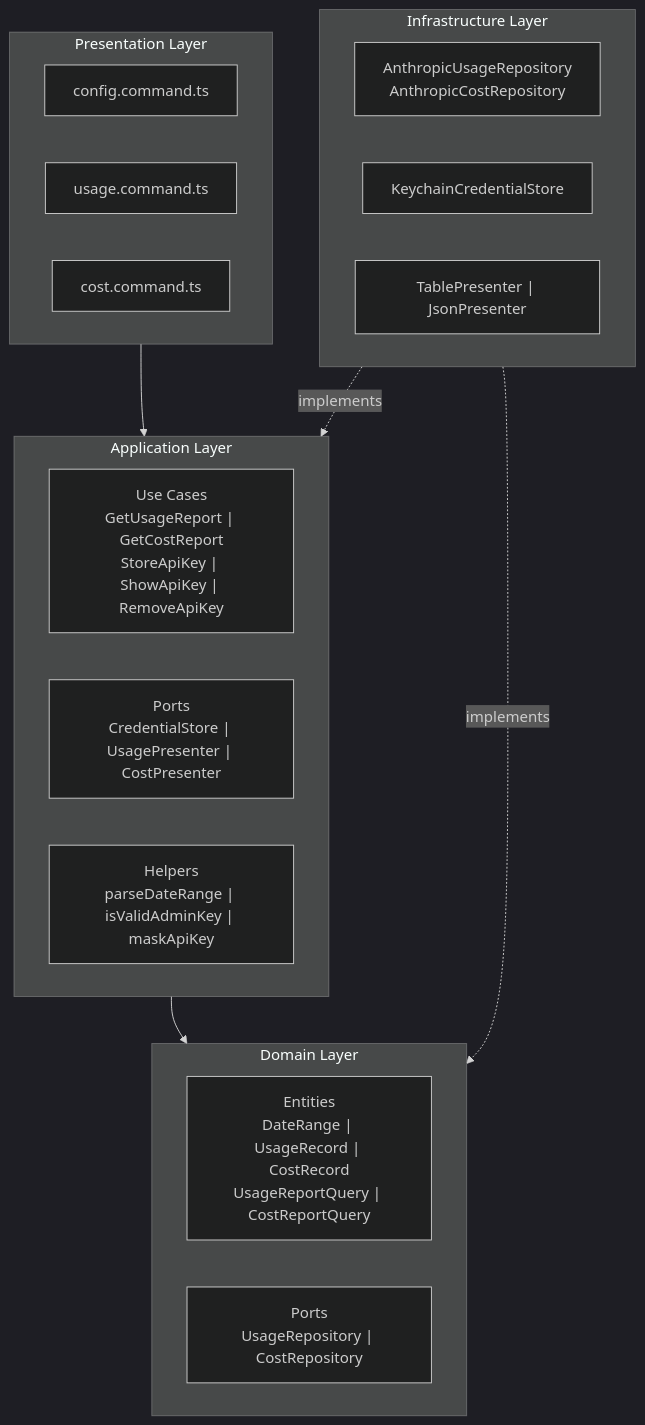
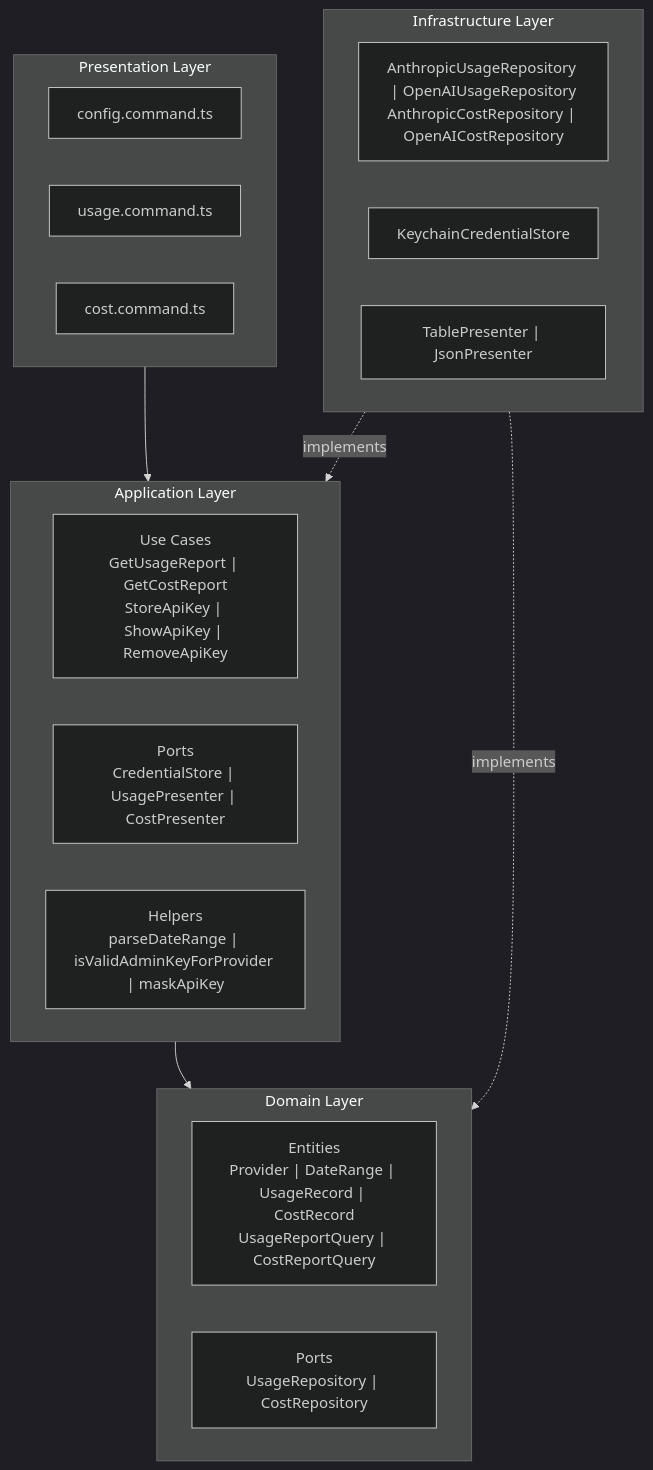
The first of 4 diagrams in spec/architecture.md (cyberash-dev/llm-cost-cli), drawn with Mermaid (dark theme) before and after one commit. The commit also changed other lines of this file and 35 other files, not shown here.

First line of the commit message:
add multi-provider support (OpenAI, OpenRouter) and rename to llm-cost-cli

````diff
--- a/spec/architecture.md
+++ b/spec/architecture.md
@@ -29,34 +30,34 @@
 ```mermaid
 graph TB
   subgraph Presentation ["Presentation Layer"]
     direction LR
     P1["config.command.ts"]
     P2["usage.command.ts"]
     P3["cost.command.ts"]
   end
 
   subgraph Application ["Application Layer"]
     direction LR
     UC["Use Cases\nGetUsageReport | GetCostReport\nStoreApiKey | ShowApiKey | RemoveApiKey"]
     AP["Ports\nCredentialStore | UsagePresenter | CostPresenter"]
-    AH["Helpers\nparseDateRange | isValidAdminKey | maskApiKey"]
+    AH["Helpers\nparseDateRange | isValidAdminKeyForProvider | maskApiKey"]
   end
 
   subgraph Domain ["Domain Layer"]
     direction LR
-    E["Entities\nDateRange | UsageRecord | CostRecord\nUsageReportQuery | CostReportQuery"]
+    E["Entities\nProvider | DateRange | UsageRecord | CostRecord\nUsageReportQuery | CostReportQuery"]
     DP["Ports\nUsageRepository | CostRepository"]
   end
 
   subgraph Infrastructure ["Infrastructure Layer"]
     direction LR
-    IR["AnthropicUsageRepository\nAnthropicCostRepository"]
+    IR["AnthropicUsageRepository | OpenAIUsageRepository\nAnthropicCostRepository | OpenAICostRepository"]
     IC["KeychainCredentialStore"]
     IP["TablePresenter | JsonPresenter"]
   end
 
   Presentation --> Application
   Application --> Domain
   Infrastructure -.->|implements| Domain
   Infrastructure -.->|implements| Application
 ```
````
